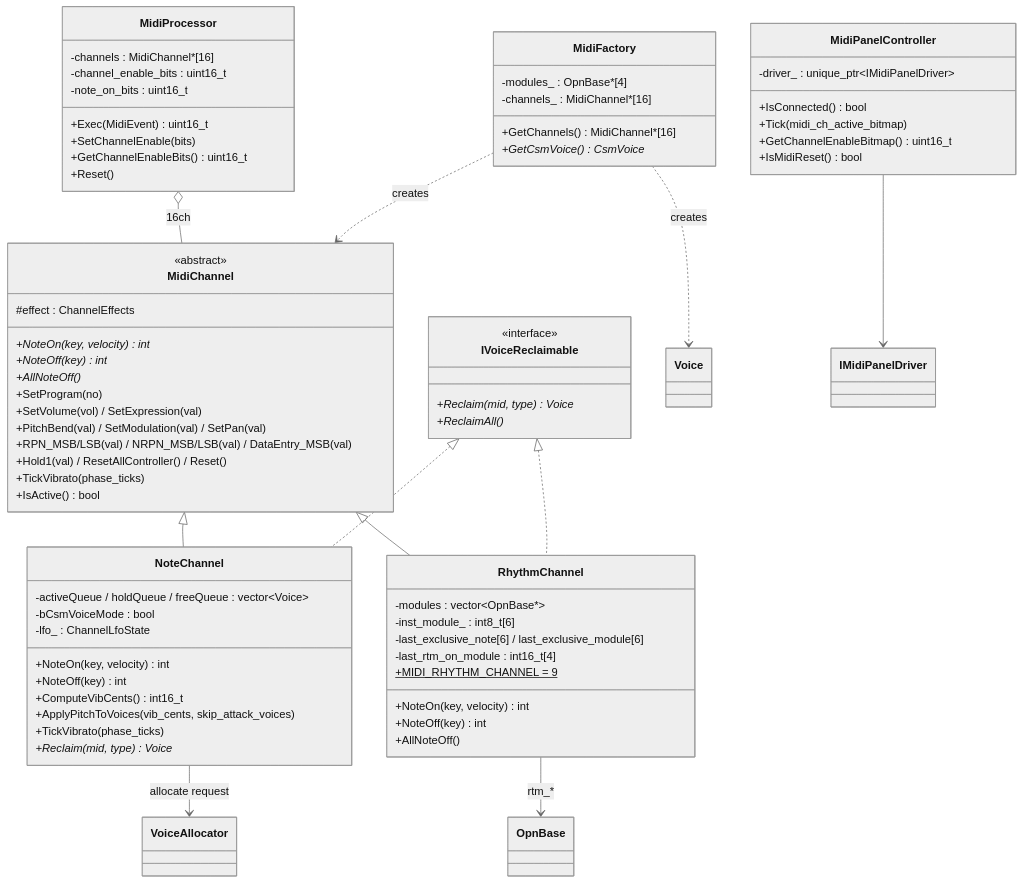
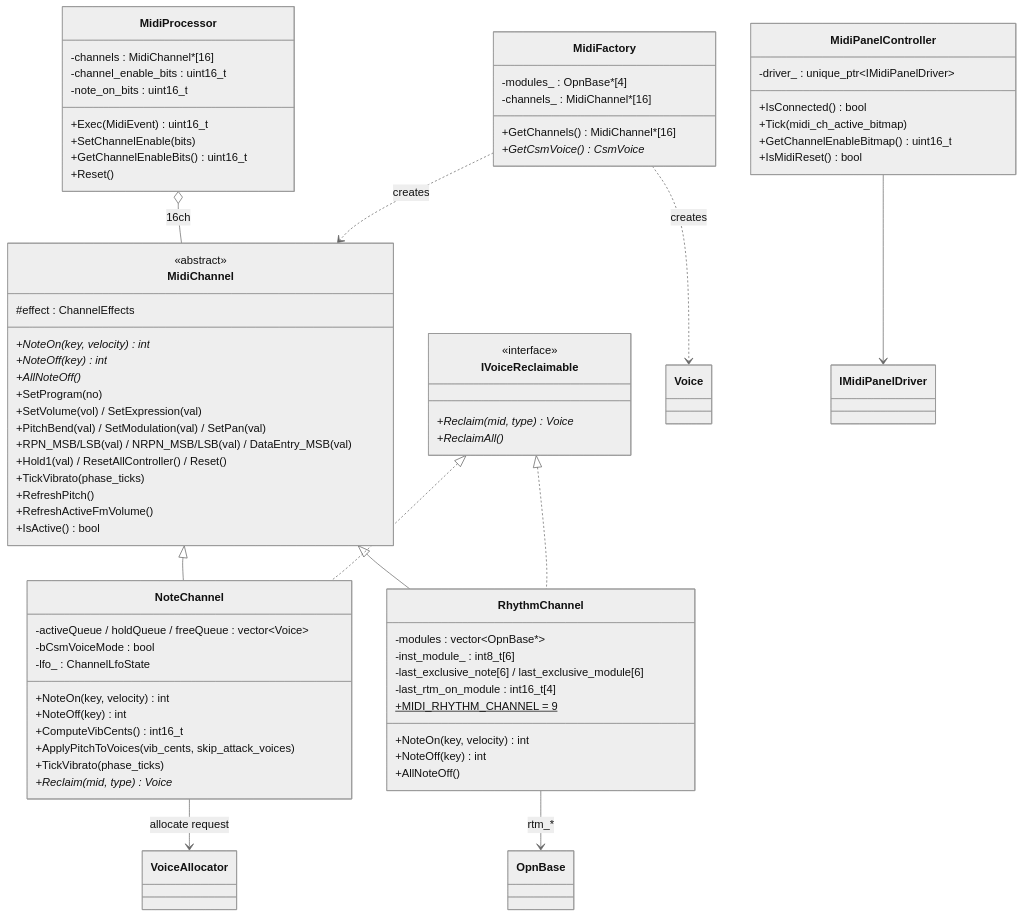
Before and after one commit to 46nori/FMSynthEnsembleV3: the first of 2 diagrams in doc/domain/domain_synth.md, drawn with Mermaid (neutral theme). The commit also changed other lines of this file and 83 other files, not shown here.

```diff
--- a/doc/domain/domain_synth.md
+++ b/doc/domain/domain_synth.md
@@ -37,6 +37,8 @@
         +RPN_MSB/LSB(val) / NRPN_MSB/LSB(val) / DataEntry_MSB(val)
         +Hold1(val) / ResetAllController() / Reset()
         +TickVibrato(phase_ticks)
+        +RefreshPitch()
+        +RefreshActiveFmVolume()
         +IsActive() bool
     }
 
```
